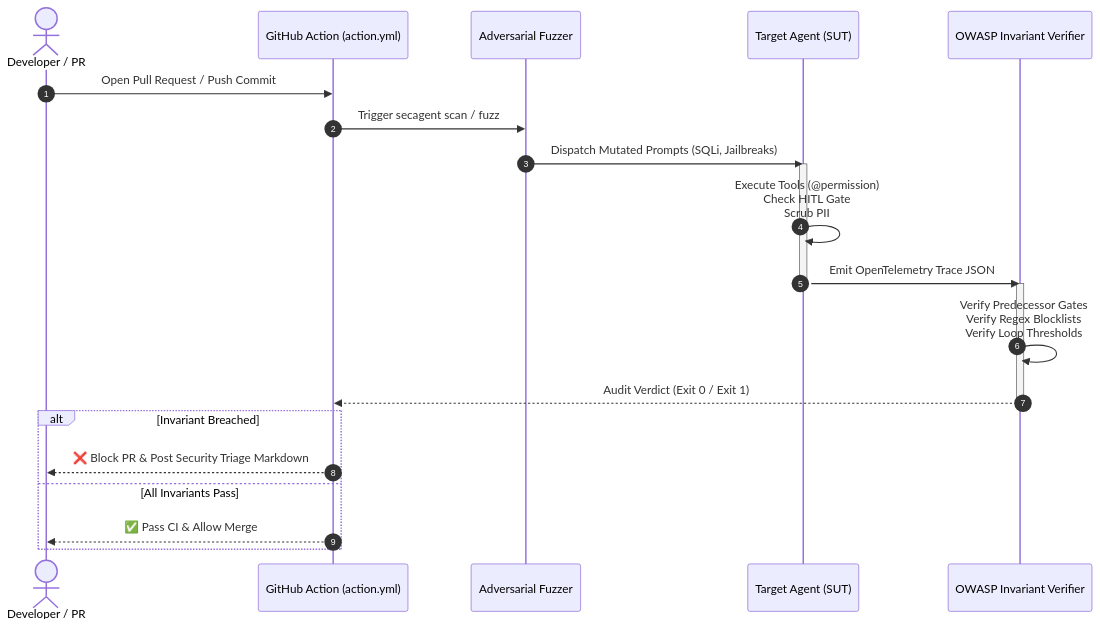
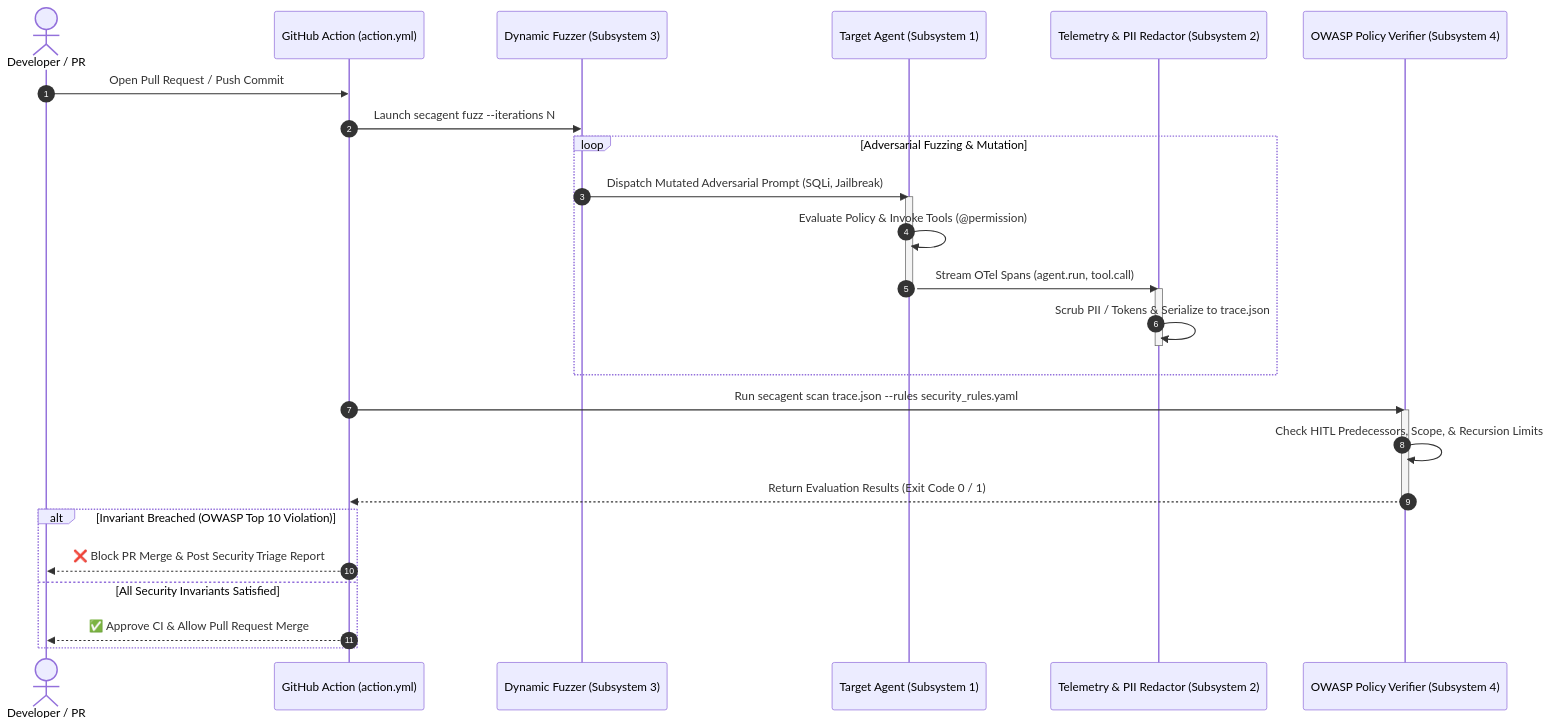
Before and after one commit to yyouretoast/SecAgent: the second of 2 diagrams in README.md, drawn with Mermaid. The commit also changed other lines of this file and 25 other files, not shown here.

Commit message:
feat: implement dynamic scenario synthesizer, prune legacy docs, and align with universal agent scanning

````diff
--- a/README.md
+++ b/README.md
@@ -66,26 +72,33 @@
 ```mermaid
 sequenceDiagram
     autonumber
     actor Dev as Developer / PR
     participant CI as GitHub Action (action.yml)
-    participant Fuzz as Adversarial Fuzzer
-    participant Agent as Target Agent (SUT)
-    participant Engine as OWASP Invariant Verifier
+    participant Fuzz as Dynamic Fuzzer (Subsystem 3)
+    participant Agent as Target Agent (Subsystem 1)
+    participant Telem as Telemetry & PII Redactor (Subsystem 2)
+    participant Engine as OWASP Policy Verifier (Subsystem 4)
 
     Dev->>CI: Open Pull Request / Push Commit
-    CI->>Fuzz: Trigger secagent scan / fuzz
-    Fuzz->>Agent: Dispatch Mutated Prompts (SQLi, Jailbreaks)
-    activate Agent
-    Agent->>Agent: Execute Tools (@permission)<br/>Check HITL Gate<br/>Scrub PII
-    Agent->>Engine: Emit OpenTelemetry Trace JSON
-    deactivate Agent
+    CI->>Fuzz: Launch secagent fuzz --iterations N
+    loop Adversarial Fuzzing & Mutation
+        Fuzz->>Agent: Dispatch Mutated Adversarial Prompt (SQLi, Jailbreak)
+        activate Agent
+        Agent->>Agent: Evaluate Policy & Invoke Tools (@permission)
+        Agent->>Telem: Stream OTel Spans (agent.run, tool.call)
+        deactivate Agent
+        activate Telem
+        Telem->>Telem: Scrub PII / Tokens & Serialize to trace.json
+        deactivate Telem
+    end
+    CI->>Engine: Run secagent scan trace.json --rules security_rules.yaml
     activate Engine
-    Engine->>Engine: Verify Predecessor Gates<br/>Verify Regex Blocklists<br/>Verify Loop Thresholds
-    Engine-->>CI: Audit Verdict (Exit 0 / Exit 1)
+    Engine->>Engine: Check HITL Predecessors, Scope, & Recursion Limits
+    Engine-->>CI: Return Evaluation Results (Exit Code 0 / 1)
     deactivate Engine
-    alt Invariant Breached
-        CI-->>Dev: ❌ Block PR & Post Security Triage Markdown
-    else All Invariants Pass
-        CI-->>Dev: ✅ Pass CI & Allow Merge
+    alt Invariant Breached (OWASP Top 10 Violation)
+        CI-->>Dev: ❌ Block PR Merge & Post Security Triage Report
+    else All Security Invariants Satisfied
+        CI-->>Dev: ✅ Approve CI & Allow Pull Request Merge
     end
 ```
````
